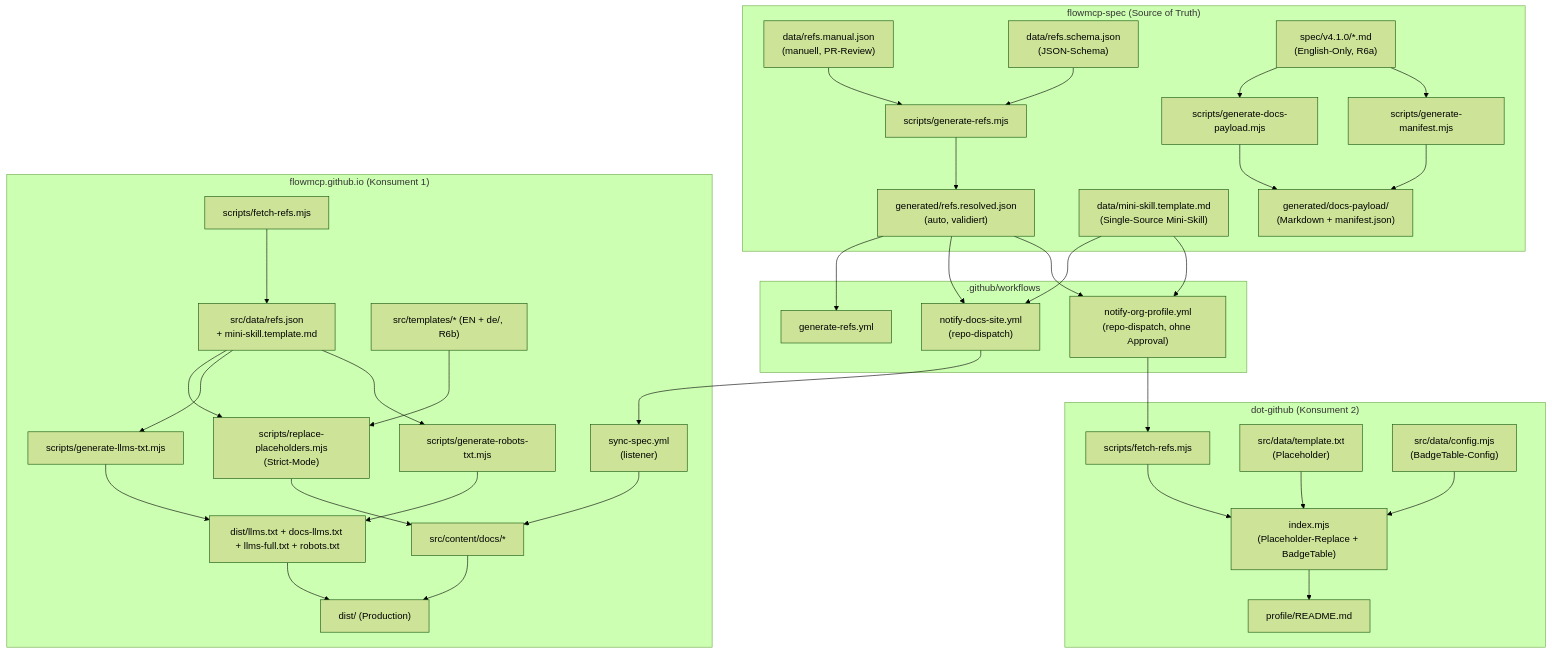
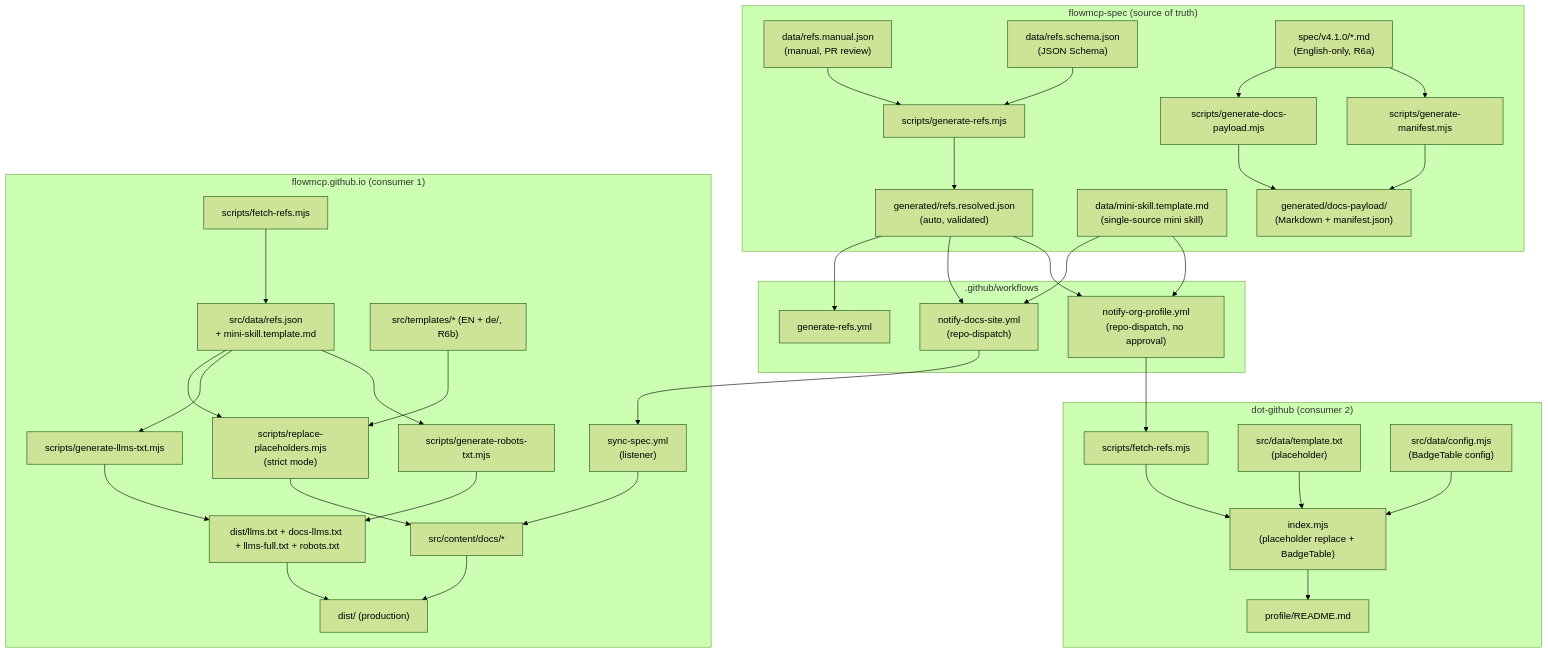
Before and after one commit to FlowMCP/flowmcp.github.io: the diagram in src/content/docs/concepts/pipeline-architecture.md, drawn with Mermaid (forest theme). The commit also changed other lines of this file and 2 other files, not shown here.

First line of the commit message:
Metadata + CHANGELOG + EN translation of pipeline-architecture #93

````diff
--- a/src/content/docs/concepts/pipeline-architecture.md
+++ b/src/content/docs/concepts/pipeline-architecture.md
@@ -26,72 +26,72 @@
 ```mermaid
 flowchart TD
-    subgraph SPEC["flowmcp-spec (Source of Truth)"]
-        M1["data/refs.manual.json<br/>(manuell, PR-Review)"]
-        M2["data/refs.schema.json<br/>(JSON-Schema)"]
+    subgraph SPEC["flowmcp-spec (source of truth)"]
+        M1["data/refs.manual.json<br/>(manual, PR review)"]
+        M2["data/refs.schema.json<br/>(JSON Schema)"]
         M3["scripts/generate-refs.mjs"]
-        M4["generated/refs.resolved.json<br/>(auto, validiert)"]
-        MS["data/mini-skill.template.md<br/>(Single-Source Mini-Skill)"]
+        M4["generated/refs.resolved.json<br/>(auto, validated)"]
+        MS["data/mini-skill.template.md<br/>(single-source mini skill)"]
         M5["scripts/generate-docs-payload.mjs"]
         M6["scripts/generate-manifest.mjs"]
         M7["generated/docs-payload/<br/>(Markdown + manifest.json)"]
-        M8["spec/v4.1.0/*.md<br/>(English-Only, R6a)"]
+        M8["spec/v4.1.0/*.md<br/>(English-only, R6a)"]
         M1 --> M3
         M2 --> M3
         M3 --> M4
         M8 --> M5
         M5 --> M7
         M8 --> M6
         M6 --> M7
     end
 
     subgraph CI1[".github/workflows"]
         W1["generate-refs.yml"]
         W2["notify-docs-site.yml<br/>(repo-dispatch)"]
-        W3["notify-org-profile.yml<br/>(repo-dispatch, ohne Approval)"]
+        W3["notify-org-profile.yml<br/>(repo-dispatch, no approval)"]
     end
 
     M4 --> W1
     M4 --> W2
     M4 --> W3
     MS --> W2
     MS --> W3
 
-    subgraph DOCS["flowmcp.github.io (Konsument 1)"]
+    subgraph DOCS["flowmcp.github.io (consumer 1)"]
         D1["sync-spec.yml<br/>(listener)"]
         D2["scripts/fetch-refs.mjs"]
         D3["src/data/refs.json<br/>+ mini-skill.template.md"]
-        D4["scripts/replace-placeholders.mjs<br/>(Strict-Mode)"]
+        D4["scripts/replace-placeholders.mjs<br/>(strict mode)"]
         D5["src/templates/* (EN + de/, R6b)"]
         D6["src/content/docs/*"]
         D7["scripts/generate-llms-txt.mjs"]
         D8["scripts/generate-robots-txt.mjs"]
         D9["dist/llms.txt + docs-llms.txt + llms-full.txt + robots.txt"]
-        D10["dist/ (Production)"]
+        D10["dist/ (production)"]
         D1 --> D6
         D2 --> D3
         D3 --> D4
         D5 --> D4
         D4 --> D6
         D3 --> D7
         D3 --> D8
         D7 --> D9
         D8 --> D9
         D6 --> D10
         D9 --> D10
     end
 
-    subgraph ORG["dot-github (Konsument 2)"]
+    subgraph ORG["dot-github (consumer 2)"]
         O1["scripts/fetch-refs.mjs"]
-        O2["src/data/template.txt<br/>(Placeholder)"]
-        O3["src/data/config.mjs<br/>(BadgeTable-Config)"]
-        O4["index.mjs<br/>(Placeholder-Replace + BadgeTable)"]
+        O2["src/data/template.txt<br/>(placeholder)"]
+        O3["src/data/config.mjs<br/>(BadgeTable config)"]
+        O4["index.mjs<br/>(placeholder replace + BadgeTable)"]
         O5["profile/README.md"]
         O1 --> O4
         O2 --> O4
         O3 --> O4
         O4 --> O5
     end
 
     W2 --> D1
     W3 --> O1
 ```
````
